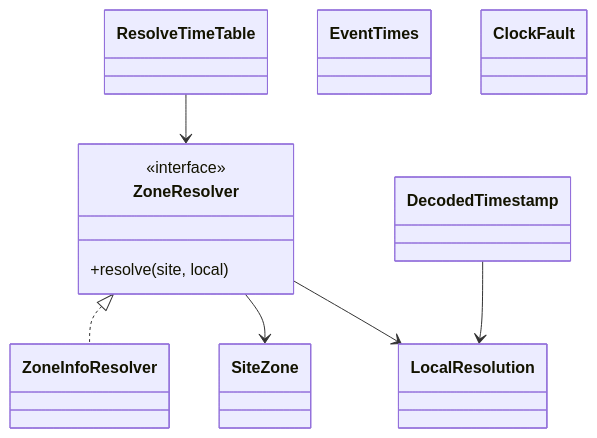
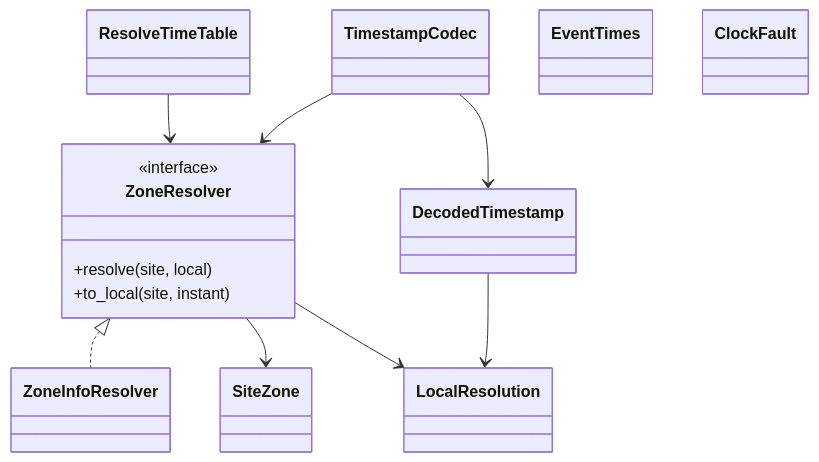
Before and after one commit to IAugustoMZ/orion_chemicals_data_platform: the third of 4 diagrams in specs/001-timeseries-source/teaching-guide.md, drawn with Mermaid. The commit also changed other lines of this file and 21 other files, not shown here.

````diff
--- a/specs/001-timeseries-source/teaching-guide.md
+++ b/specs/001-timeseries-source/teaching-guide.md
@@ -69,19 +73,23 @@
 ```mermaid
 classDiagram
     class SiteZone
     class LocalResolution
     class DecodedTimestamp
     class ZoneResolver {
         <<interface>>
         +resolve(site, local)
+        +to_local(site, instant)
     }
     class ZoneInfoResolver
     class ResolveTimeTable
+    class TimestampCodec
     class EventTimes
     class ClockFault
     ZoneResolver <|.. ZoneInfoResolver
     ResolveTimeTable --> ZoneResolver
+    TimestampCodec --> ZoneResolver
+    TimestampCodec --> DecodedTimestamp
     ZoneResolver --> SiteZone
     ZoneResolver --> LocalResolution
     DecodedTimestamp --> LocalResolution
 ```
````
